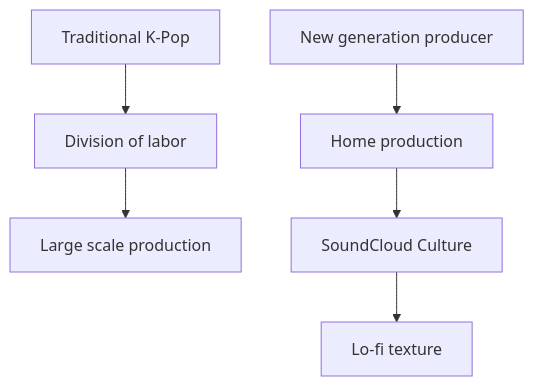
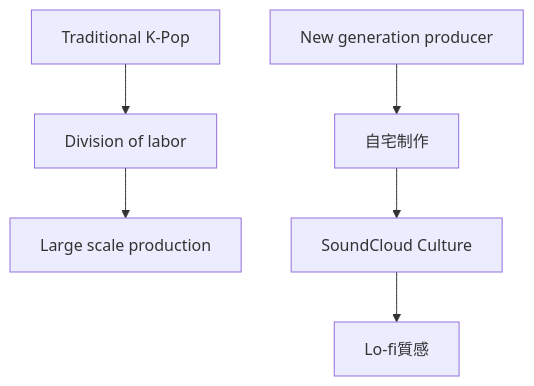
Before and after one commit to monumental-movement/monumental-movement.github.io: the fifth of 17 diagrams in en/_posts/2026-05-24-column-k-pop-indie-electronica.md, drawn with Mermaid. The commit also changed other lines of this file and 1012 other files, not shown here.

```diff
--- a/en/_posts/2026-05-24-column-k-pop-indie-electronica.md
+++ b/en/_posts/2026-05-24-column-k-pop-indie-electronica.md
@@ -183,9 +183,9 @@
 <div class="mermaid">
 graph TD
 A["Traditional K-Pop"] --> B["Division of labor"]
 B --> C["Large scale production"]
 
-D["New generation producer"] --> E["Home production"]
+D["New generation producer"] --> E["自宅制作"]
 E --> F["SoundCloud Culture"]
-F --> G["Lo-fi texture"]
+F --> G["Lo-fi質感"]
 </div>
```
